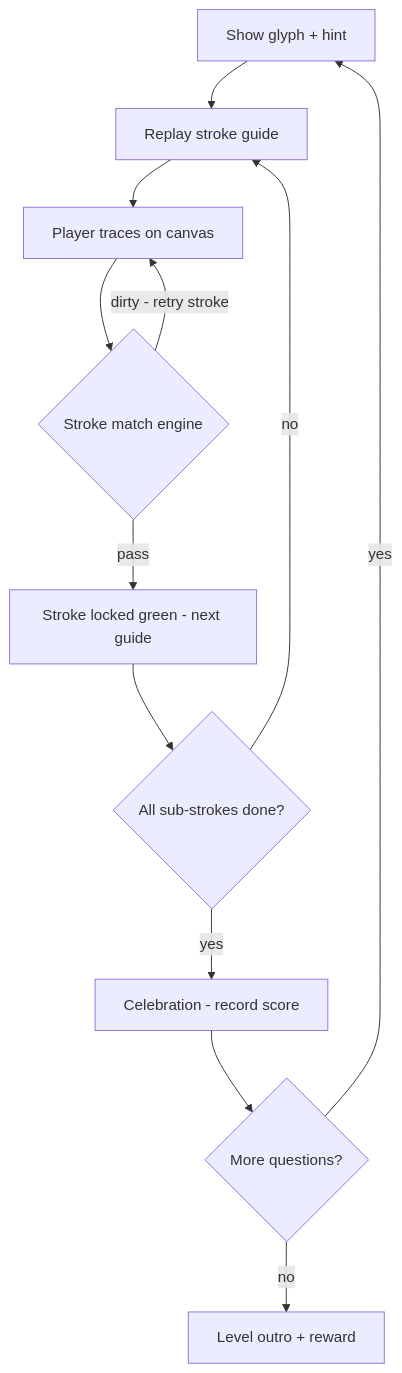
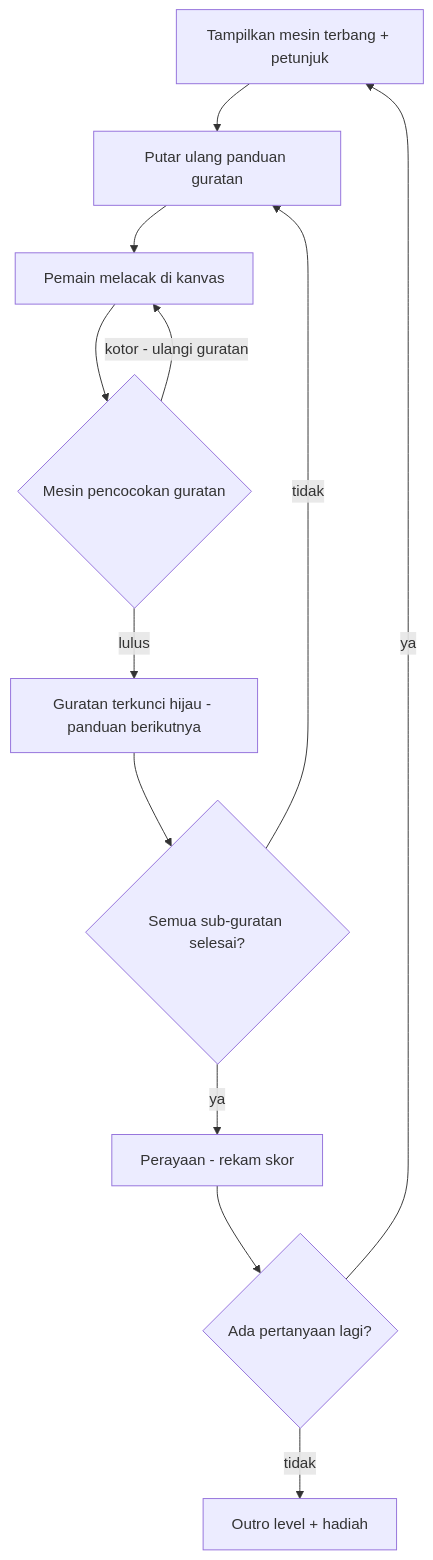
The second of 2 diagrams in docs/DESIGN_AND_DEV.md (1999AZZAR/ajisaka), drawn with Mermaid before and after one commit. The commit also changed other lines of this file and 2 other files, not shown here.

Commit message:
docs: translate all core documentation files to professional Indonesian

````diff
--- a/docs/DESIGN_AND_DEV.md
+++ b/docs/DESIGN_AND_DEV.md
@@ -195,14 +192,14 @@
 ```mermaid
 flowchart TD
-  A[Show glyph + hint] --> B[Replay stroke guide]
-  B --> C[Player traces on canvas]
-  C --> D{Stroke match engine}
-  D -->|pass| E["Stroke locked green - next guide"]
-  D -->|dirty - retry stroke| C
-  E --> F{All sub-strokes done?}
-  F -->|no| B
-  F -->|yes| G["Celebration - record score"]
-  G --> H{More questions?}
-  H -->|yes| A
-  H -->|no| I[Level outro + reward]
+  A[Tampilkan mesin terbang + petunjuk] --> B[Putar ulang panduan guratan]
+  B --> C[Pemain melacak di kanvas]
+  C --> D{Mesin pencocokan guratan}
+  D -->|lulus| E["Guratan terkunci hijau - panduan berikutnya"]
+  D -->|kotor - ulangi guratan| C
+  E --> F{Semua sub-guratan selesai?}
+  F -->|tidak| B
+  F -->|ya| G["Perayaan - rekam skor"]
+  G --> H{Ada pertanyaan lagi?}
+  H -->|ya| A
+  H -->|tidak| I[Outro level + hadiah]
 ```
````
